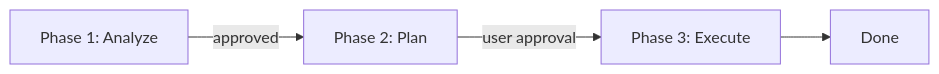
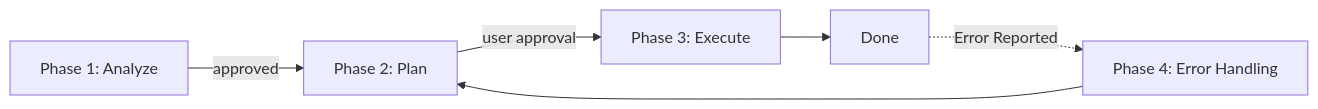
The diagram in README.md (hellowind777/helloagents), drawn with Mermaid before and after one commit. The commit also changed other lines of this file and 4 other files, not shown here.

````diff
--- a/README.md
+++ b/README.md
@@ -45,6 +51,8 @@
 ```mermaid
 flowchart LR
   A[Phase 1: Analyze] -->|approved| B[Phase 2: Plan]
   B -->|user approval| C[Phase 3: Execute]
   C --> F[Done]
+  F -.->|Error Reported| D[Phase 4: Error Handling]
+  D --> B
 ```
````
